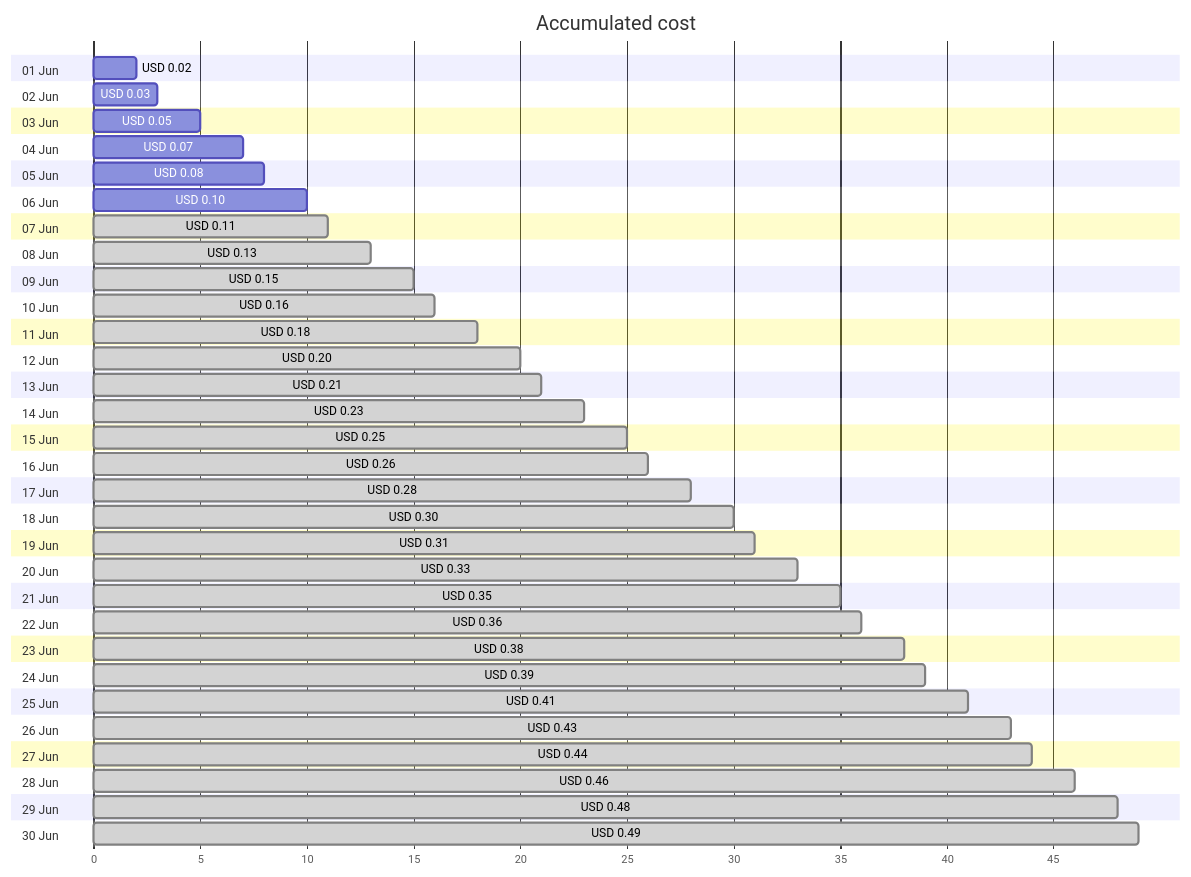
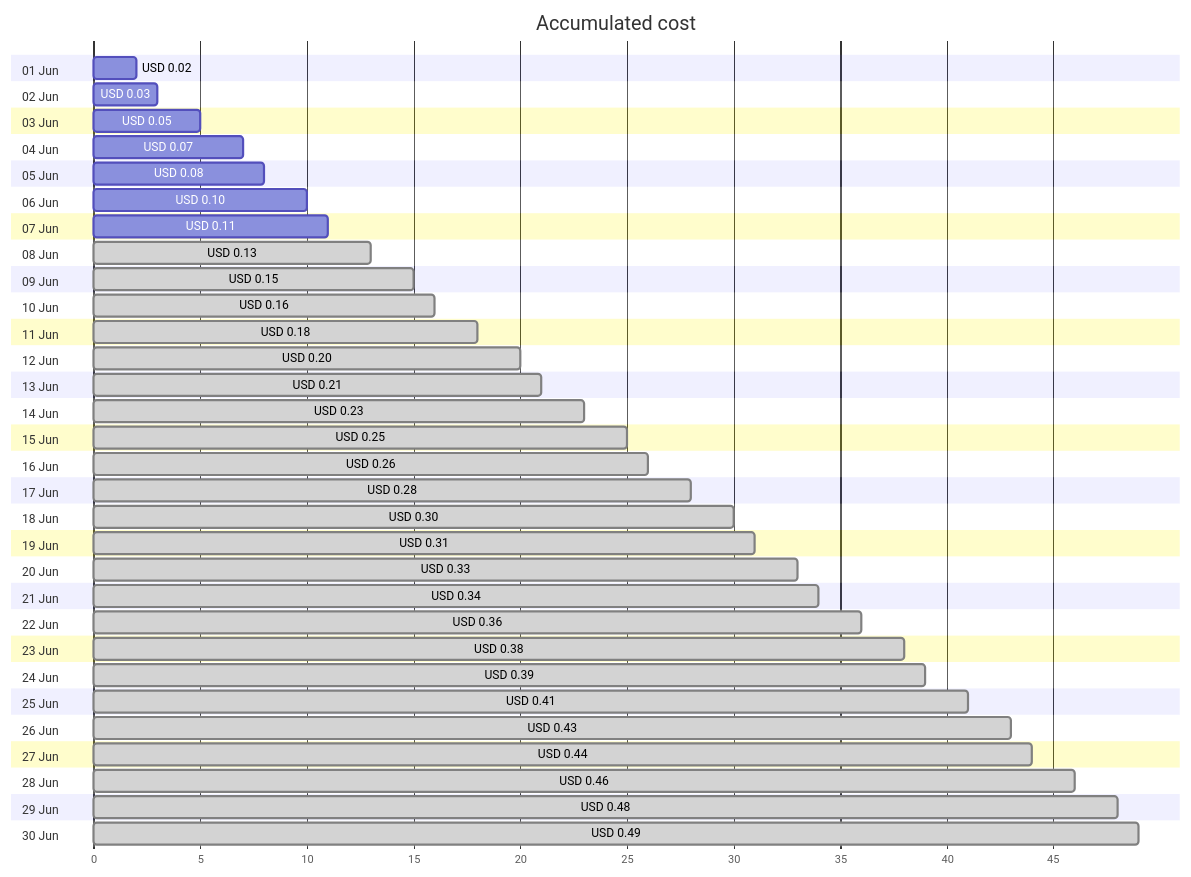
Before and after one commit to jpfulton/azure-personal-reports: the first of 4 diagrams in cost-reports/personal-dns/jpatrickfulton.dev.md, drawn with Mermaid. The commit also changed other lines of this file and 2 other files, not shown here.

````diff
--- a/cost-reports/personal-dns/jpatrickfulton.dev.md
+++ b/cost-reports/personal-dns/jpatrickfulton.dev.md
@@ -20,66 +20,66 @@
 ```mermaid
 gantt
    title Accumulated cost
    dateFormat  X
    axisFormat %s
    section 01 Jun
    USD 0.02 :0, 2
    section 02 Jun
    USD 0.03 :0, 3
    section 03 Jun
    USD 0.05 :0, 5
    section 04 Jun
    USD 0.07 :0, 7
    section 05 Jun
    USD 0.08 :0, 8
    section 06 Jun
    USD 0.10 :0, 10
    section 07 Jun
-   USD 0.11 : done, 0, 11
+   USD 0.11 :0, 11
    section 08 Jun
    USD 0.13 : done, 0, 13
    section 09 Jun
    USD 0.15 : done, 0, 15
    section 10 Jun
    USD 0.16 : done, 0, 16
    section 11 Jun
    USD 0.18 : done, 0, 18
    section 12 Jun
    USD 0.20 : done, 0, 20
    section 13 Jun
    USD 0.21 : done, 0, 21
    section 14 Jun
    USD 0.23 : done, 0, 23
    section 15 Jun
    USD 0.25 : done, 0, 25
    section 16 Jun
    USD 0.26 : done, 0, 26
    section 17 Jun
    USD 0.28 : done, 0, 28
    section 18 Jun
    USD 0.30 : done, 0, 30
    section 19 Jun
    USD 0.31 : done, 0, 31
    section 20 Jun
    USD 0.33 : done, 0, 33
    section 21 Jun
-   USD 0.35 : done, 0, 35
+   USD 0.34 : done, 0, 34
    section 22 Jun
    USD 0.36 : done, 0, 36
    section 23 Jun
    USD 0.38 : done, 0, 38
    section 24 Jun
    USD 0.39 : done, 0, 39
    section 25 Jun
    USD 0.41 : done, 0, 41
    section 26 Jun
    USD 0.43 : done, 0, 43
    section 27 Jun
    USD 0.44 : done, 0, 44
    section 28 Jun
    USD 0.46 : done, 0, 46
    section 29 Jun
    USD 0.48 : done, 0, 48
    section 30 Jun
    USD 0.49 : done, 0, 49
 ```
````
